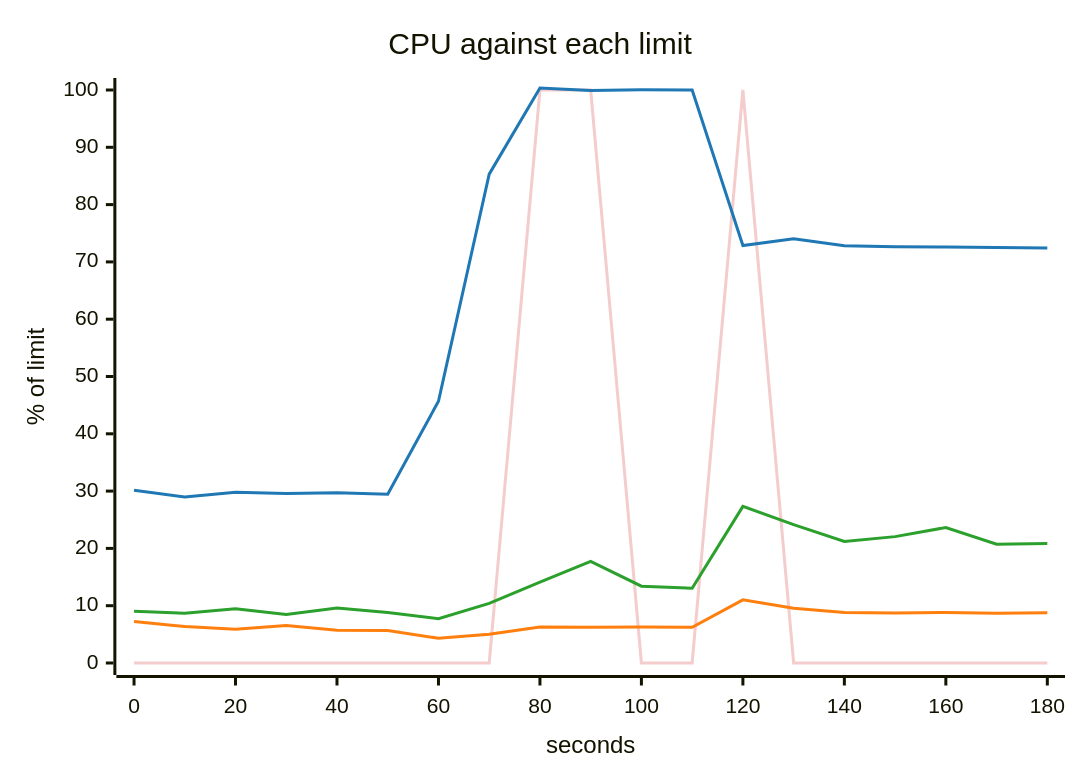
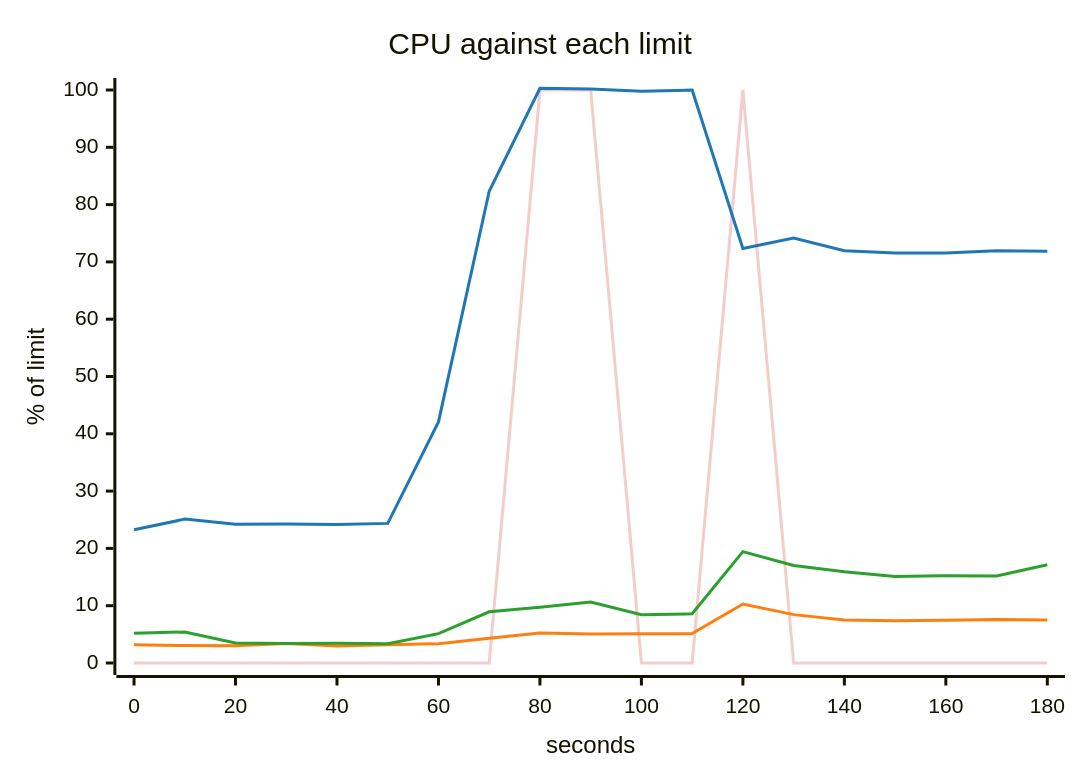
Before and after one commit to akinfemi/load-lore: the fifth of 5 diagrams in scenarios/featured-on-hacker-news/solutions/scale-on-inflight/report.md, drawn with Mermaid. The commit also changed other lines of this file and 49 other files, not shown here.

````diff
--- a/scenarios/featured-on-hacker-news/solutions/scale-on-inflight/report.md
+++ b/scenarios/featured-on-hacker-news/solutions/scale-on-inflight/report.md
@@ -94,17 +94,17 @@
 ```mermaid
 ---
 config:
   themeVariables:
     xyChart:
       backgroundColor: "transparent"
       plotColorPalette: "#f4cccc, #1f77b4, #ff7f0e, #2ca02c"
 ---
 xychart-beta
     title "CPU against each limit"
     x-axis "seconds" 0 --> 180
     y-axis "% of limit" 0 --> 100
     line [0, 0, 0, 0, 0, 0, 0, 0, 100, 100, 0, 0, 100, 0, 0, 0, 0, 0, 0]
-    line [30.138, 28.972, 29.794, 29.566, 29.723, 29.458, 45.68, 85.319, 100.346, 99.912, 100.032, 100.004, 72.863, 74.03, 72.811, 72.636, 72.603, 72.511, 72.442]
-    line [7.227, 6.354, 5.91, 6.535, 5.711, 5.658, 4.316, 5.001, 6.268, 6.25, 6.293, 6.242, 11.026, 9.541, 8.834, 8.714, 8.81, 8.664, 8.768]
-    line [9.053, 8.687, 9.465, 8.468, 9.609, 8.811, 7.732, 10.395, 14.118, 17.752, 13.4, 13.036, 27.328, 24.148, 21.211, 22.054, 23.646, 20.716, 20.84]
+    line [23.243, 25.108, 24.21, 24.241, 24.168, 24.364, 42.071, 82.336, 100.292, 100.194, 99.761, 100.001, 72.335, 74.158, 71.957, 71.534, 71.566, 71.94, 71.855]
+    line [3.204, 3.044, 3.016, 3.41, 2.947, 3.18, 3.361, 4.313, 5.249, 5.055, 5.098, 5.127, 10.287, 8.44, 7.513, 7.387, 7.472, 7.578, 7.487]
+    line [5.203, 5.421, 3.484, 3.416, 3.436, 3.377, 5.121, 8.932, 9.735, 10.625, 8.44, 8.587, 19.432, 17.023, 15.934, 15.113, 15.227, 15.186, 17.159]
 ```
````
